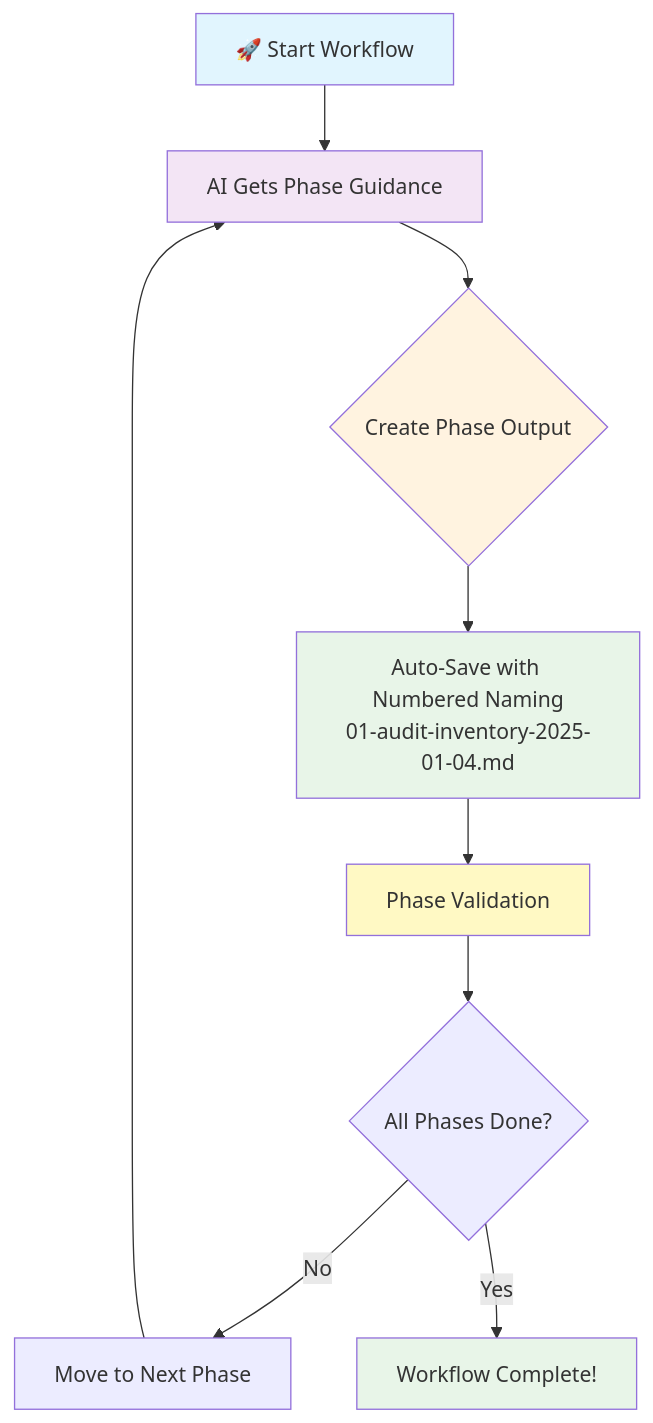
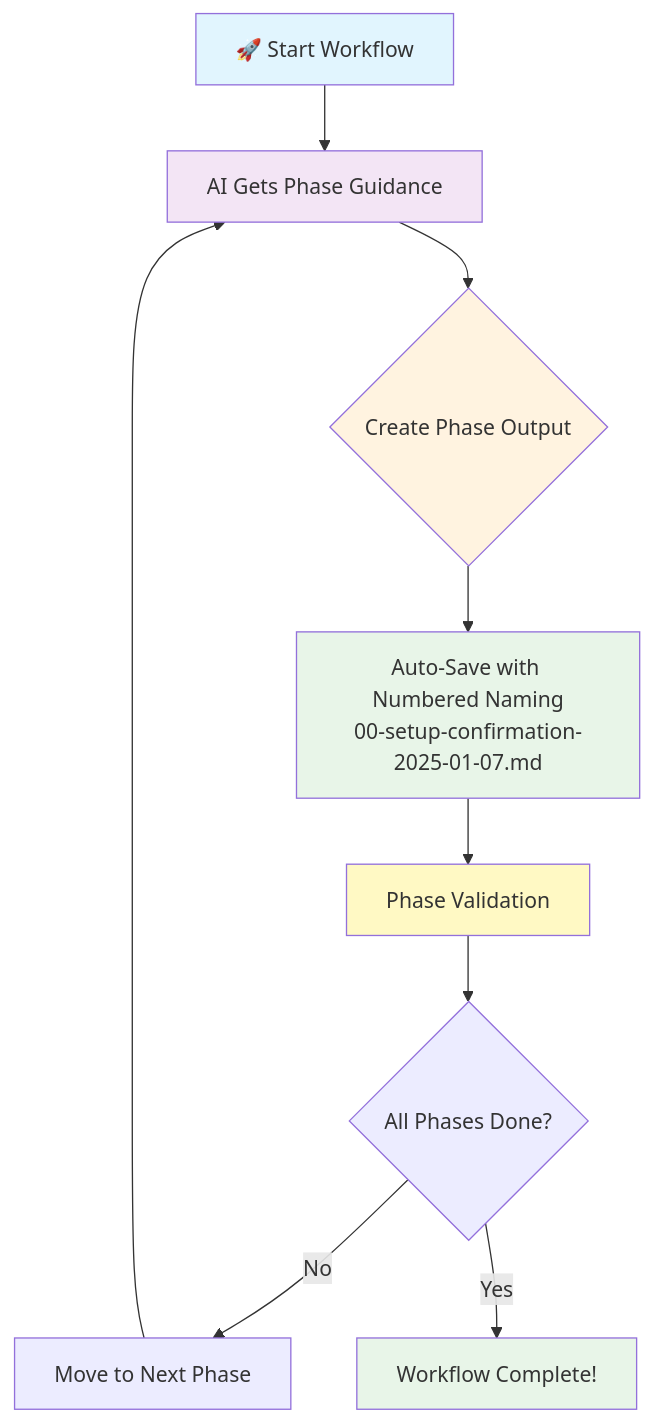
One commit to kingdomseed/structured-workflow-mcp changed the diagram in README.md. Above: the diagram before and after it, drawn with Mermaid. The commit also changed other lines of this file and 6 other files, not shown here.

Commit message:
feat: add SETUP phase and simplify AUDIT_INVENTORY workflow with improved file organization

````diff
--- a/README.md
+++ b/README.md
@@ -43,18 +43,18 @@
 ```mermaid
 graph TD
     A[🚀 Start Workflow] --> B[AI Gets Phase Guidance]
     B --> C{Create Phase Output}
-    C --> D[Auto-Save with Numbered Naming<br/>01-audit-inventory-2025-01-04.md]
+    C --> D[Auto-Save with Numbered Naming<br/>00-setup-confirmation-2025-01-07.md]
     D --> E[Phase Validation]
     E --> F{All Phases Done?}
     F -->|No| G[Move to Next Phase]
     G --> B
     F -->|Yes| H[Workflow Complete!]
     
     style A fill:#e1f5fe
     style B fill:#f3e5f5
     style C fill:#fff3e0
     style D fill:#e8f5e8
     style E fill:#fff9c4
     style H fill:#e8f5e8
 ```
````
